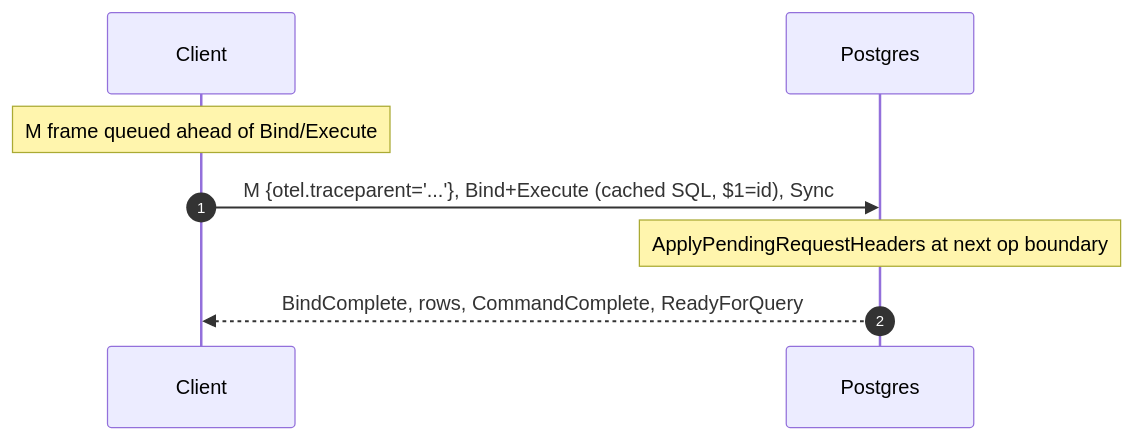
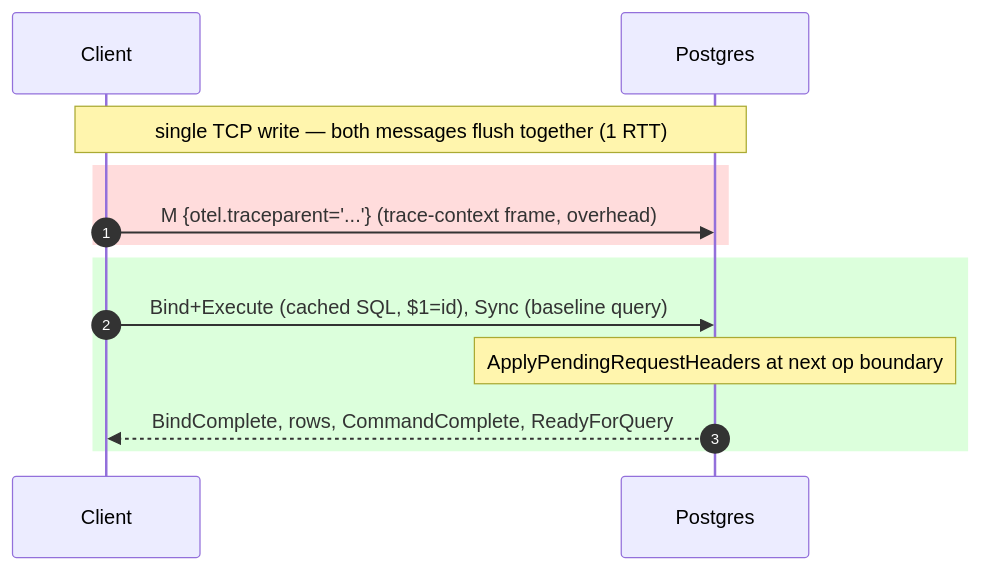
Before and after one commit to ringerc/postgres_otel_tracing_bench: the sixth of 6 diagrams in README.md, drawn with Mermaid. The commit also changed other lines of this file, not shown here.

First line of the commit message:
README: colour-code overhead vs baseline in sequence diagrams; fix libpq claim

````diff
--- a/README.md
+++ b/README.md
@@ -295,10 +333,15 @@
 ```mermaid
 sequenceDiagram
     autonumber
     participant C as Client
     participant S as Postgres
-    Note over C: M frame queued ahead of Bind/Execute
-    C->>S: M {otel.traceparent='...'}, Bind+Execute (cached SQL, $1=id), Sync
+    Note over C,S: single TCP write — both messages flush together (1 RTT)
+    rect rgb(255,220,220)
+    C->>S: M {otel.traceparent='...'} (trace-context frame, overhead)
+    end
+    rect rgb(220,255,220)
+    C->>S: Bind+Execute (cached SQL, $1=id), Sync (baseline query)
     Note over S: ApplyPendingRequestHeaders at next op boundary
     S-->>C: BindComplete, rows, CommandComplete, ReadyForQuery
+    end
 ```
````
